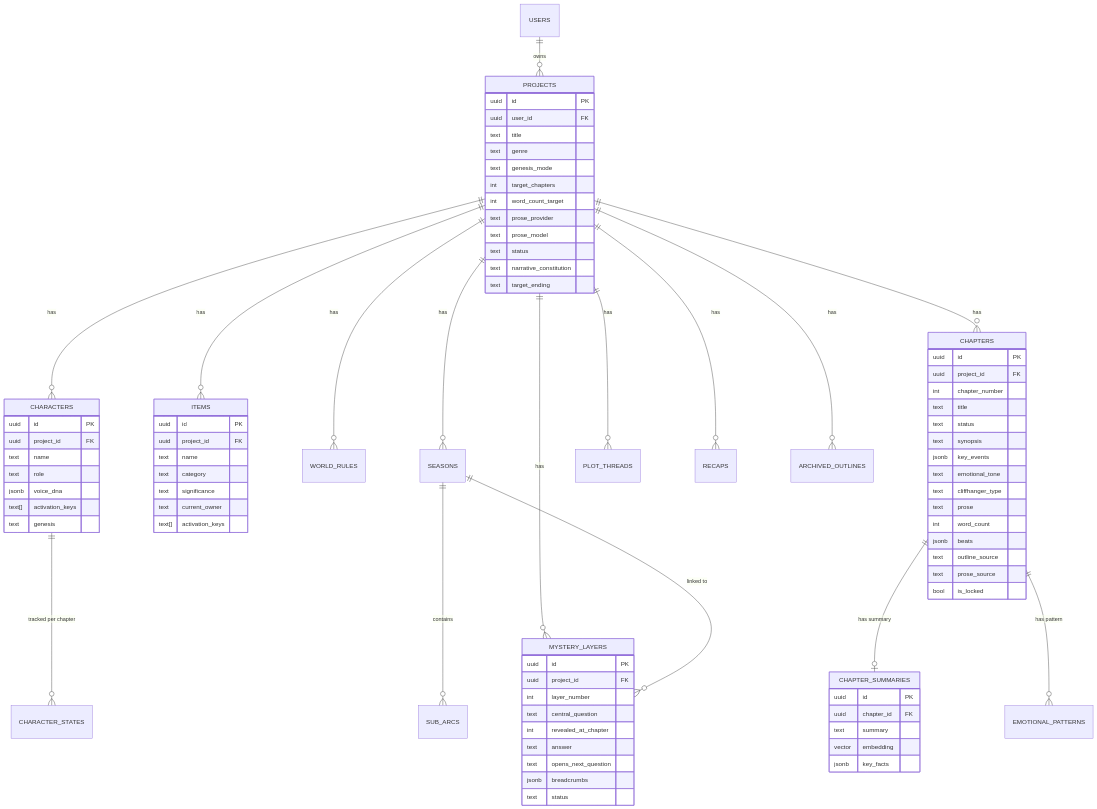
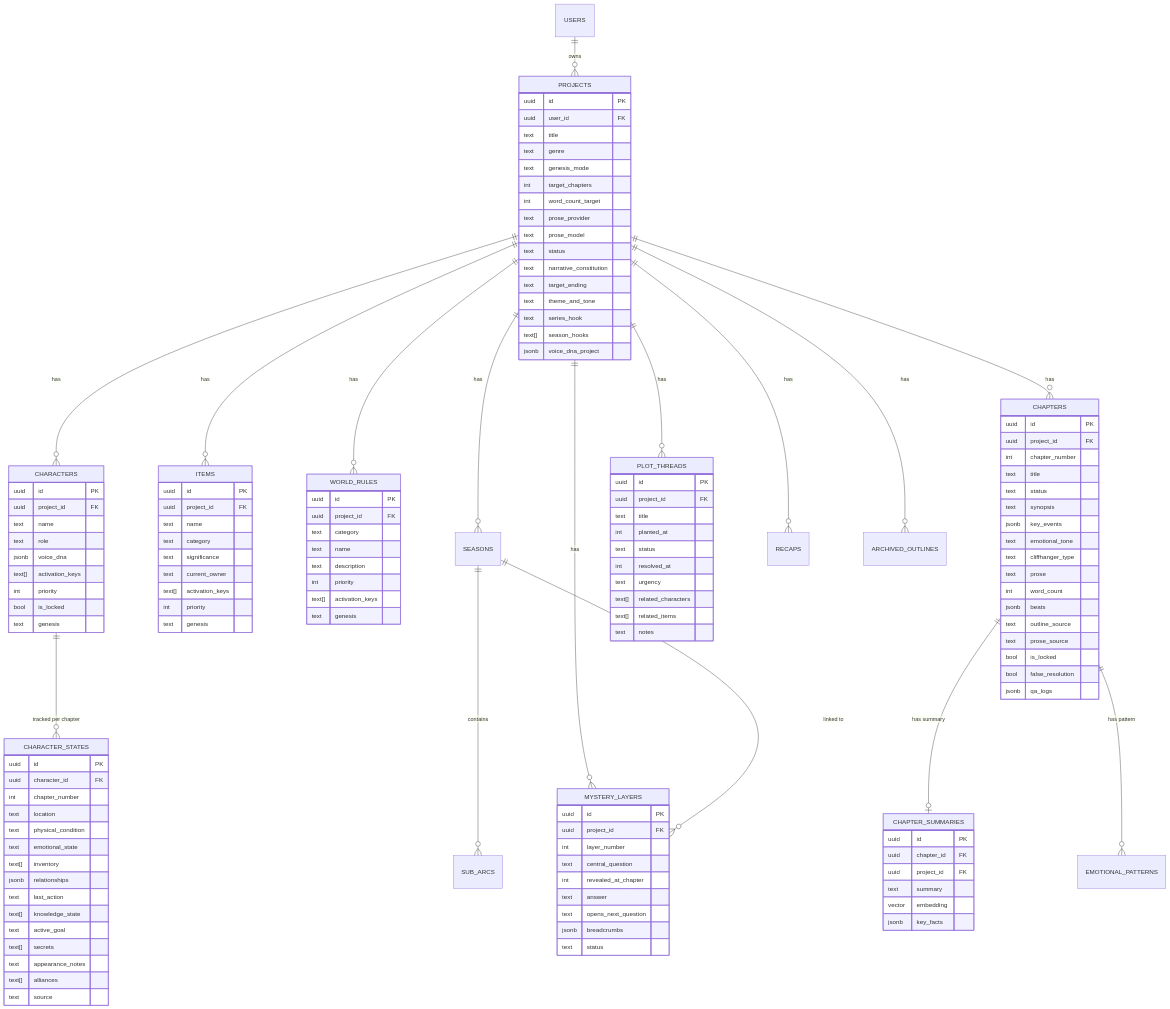
Before and after one commit to moxsenna/vibenovel: the tenth of 11 diagrams in architecture.md, drawn with Mermaid. The commit also changed other lines of this file and 43 other files, not shown here.

```diff
--- a/architecture.md
+++ b/architecture.md
@@ -697,6 +842,10 @@
         text status
         text narrative_constitution
         text target_ending
+        text theme_and_tone
+        text series_hook
+        text[] season_hooks
+        jsonb voice_dna_project
     }
 
     CHARACTERS {
@@ -706,6 +855,8 @@
         text role
         jsonb voice_dna
         text[] activation_keys
+        int priority
+        bool is_locked
         text genesis
     }
 
@@ -717,6 +868,19 @@
         text significance
         text current_owner
         text[] activation_keys
+        int priority
+        text genesis
+    }
+
+    WORLD_RULES {
+        uuid id PK
+        uuid project_id FK
+        text category
+        text name
+        text description
+        int priority
+        text[] activation_keys
+        text genesis
     }
 
     CHAPTERS {
@@ -735,6 +899,39 @@
         text outline_source
         text prose_source
         bool is_locked
+        bool false_resolution
+        jsonb qa_logs
+    }
+
+    CHARACTER_STATES {
+        uuid id PK
+        uuid character_id FK
+        int chapter_number
+        text location
+        text physical_condition
+        text emotional_state
+        text[] inventory
+        jsonb relationships
+        text last_action
+        text[] knowledge_state
+        text active_goal
+        text[] secrets
+        text appearance_notes
+        text[] alliances
+        text source
+    }
+
+    PLOT_THREADS {
+        uuid id PK
+        uuid project_id FK
+        text title
+        int planted_at
+        text status
+        int resolved_at
+        text urgency
+        text[] related_characters
+        text[] related_items
+        text notes
     }
 
     MYSTERY_LAYERS {
@@ -752,6 +949,7 @@
     CHAPTER_SUMMARIES {
         uuid id PK
         uuid chapter_id FK
+        uuid project_id FK
         text summary
         vector embedding
         jsonb key_facts
```
